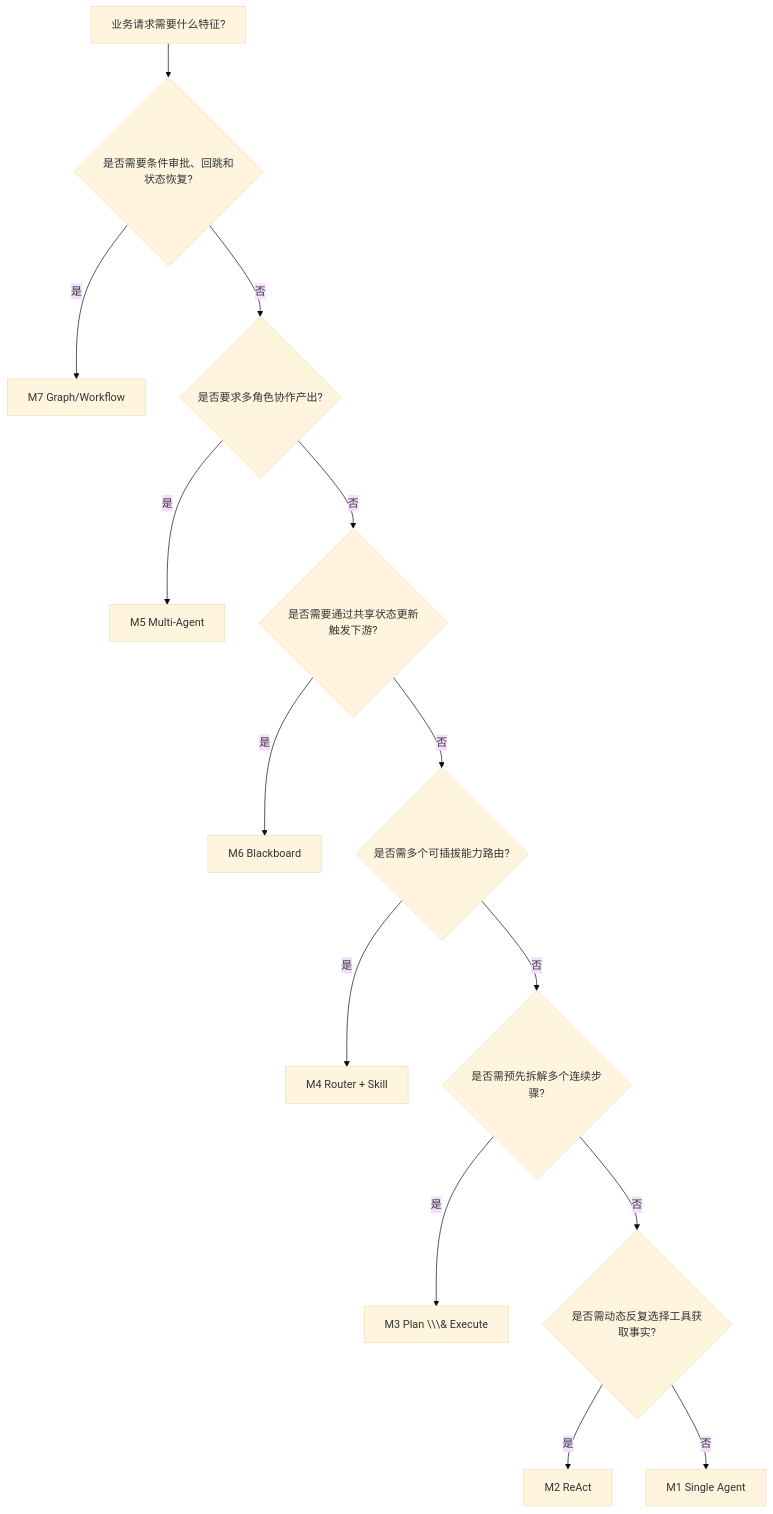
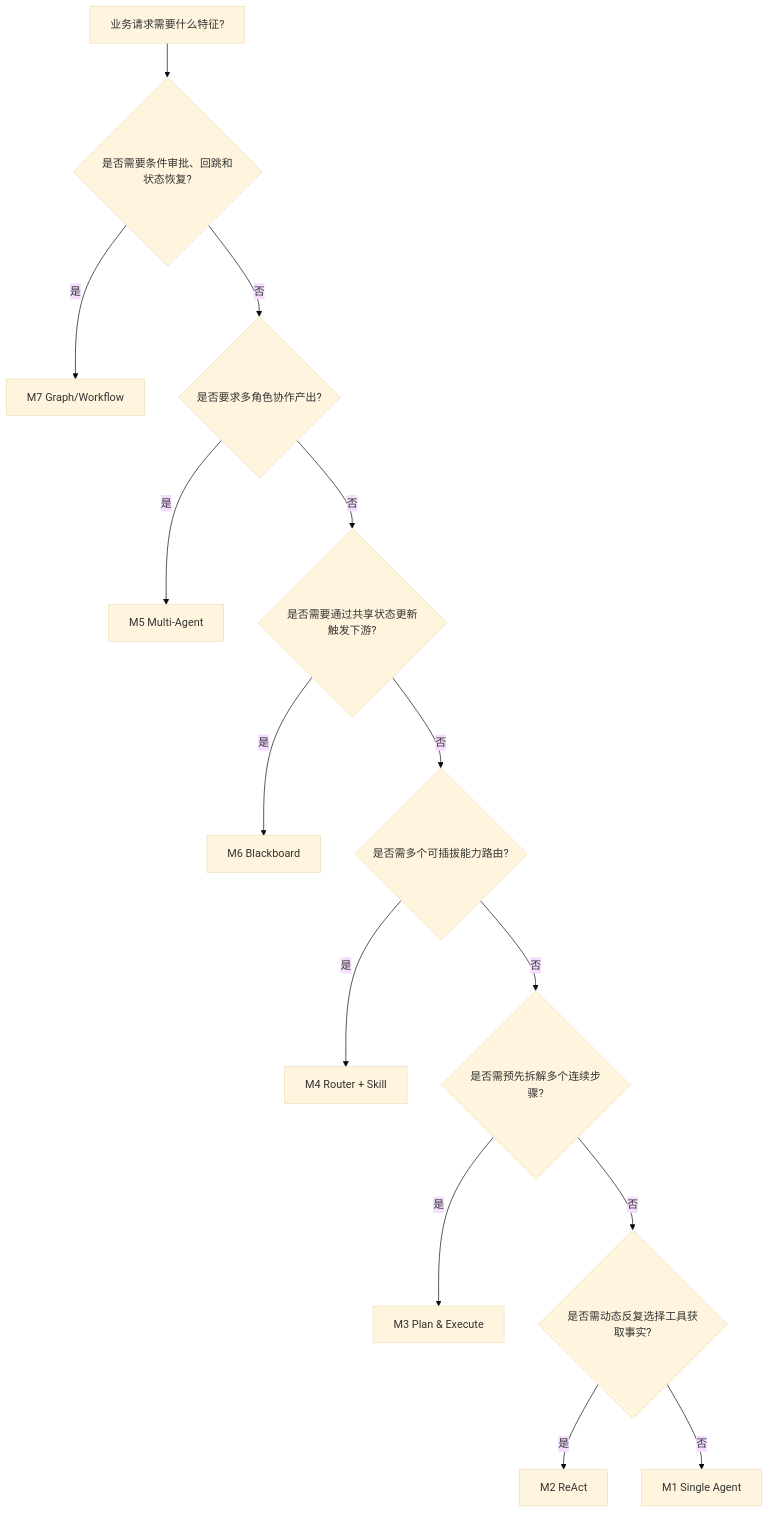
The second of 2 diagrams in docs/requirement.md (zxirui92-ship-it/agent-hub), drawn with Mermaid (base theme) before and after one commit. The commit also changed other lines of this file and 64 other files, not shown here.

````diff
--- a/docs/requirement.md
+++ b/docs/requirement.md
@@ -388,16 +390,16 @@
 ```mermaid
 flowchart TD
-    A\\\[业务请求需要什么特征?] --> B{是否需要条件审批、回跳和状态恢复?}
-    B -->|是| M7\\\[M7 Graph/Workflow]
+    A[业务请求需要什么特征?] --> B{是否需要条件审批、回跳和状态恢复?}
+    B -->|是| M7[M7 Graph/Workflow]
     B -->|否| C{是否要求多角色协作产出?}
-    C -->|是| M5\\\[M5 Multi-Agent]
+    C -->|是| M5[M5 Multi-Agent]
     C -->|否| D{是否需要通过共享状态更新触发下游?}
-    D -->|是| M6\\\[M6 Blackboard]
+    D -->|是| M6[M6 Blackboard]
     D -->|否| E{是否需多个可插拔能力路由?}
-    E -->|是| M4\\\[M4 Router + Skill]
+    E -->|是| M4[M4 Router + Skill]
     E -->|否| F{是否需预先拆解多个连续步骤?}
-    F -->|是| M3\\\[M3 Plan \\\& Execute]
+    F -->|是| M3[M3 Plan & Execute]
     F -->|否| G{是否需动态反复选择工具获取事实?}
-    G -->|是| M2\\\[M2 ReAct]
-    G -->|否| M1\\\[M1 Single Agent]
+    G -->|是| M2[M2 ReAct]
+    G -->|否| M1[M1 Single Agent]
 ```
````
